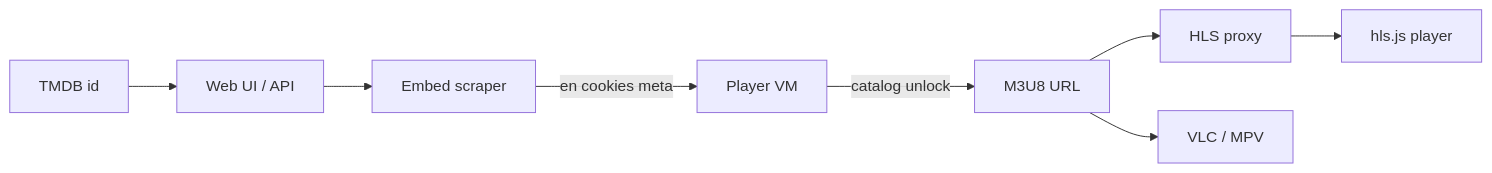
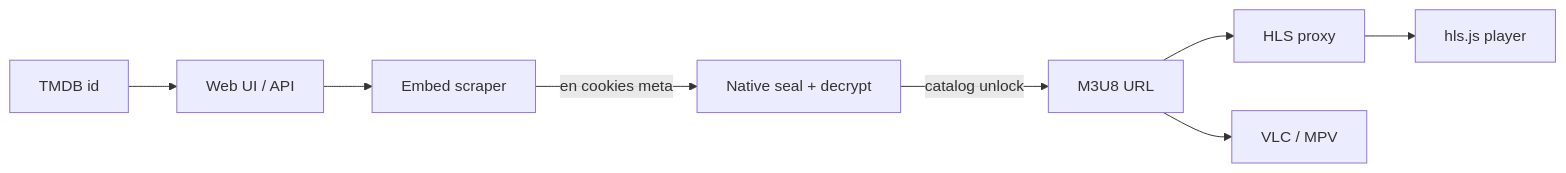
The diagram in README.md (sharoon7171/vidcore-io-stream-resolver), drawn with Mermaid before and after one commit. The commit also changed other lines of this file, not shown here.

Commit message:
document native crypto short-id proxy and ABR ladder flow

````diff
--- a/README.md
+++ b/README.md
@@ -67,10 +69,10 @@
 ```mermaid
 flowchart LR
   tmdb[TMDB id] --> ui[Web UI / API]
   ui --> scrape[Embed scraper]
-  scrape -->|en cookies meta| vm[Player VM]
-  vm -->|catalog unlock| m3u8[M3U8 URL]
+  scrape -->|en cookies meta| crypto[Native seal + decrypt]
+  crypto -->|catalog unlock| m3u8[M3U8 URL]
   m3u8 --> proxy[HLS proxy]
   proxy --> player[hls.js player]
   m3u8 --> export[VLC / MPV]
 ```
````
